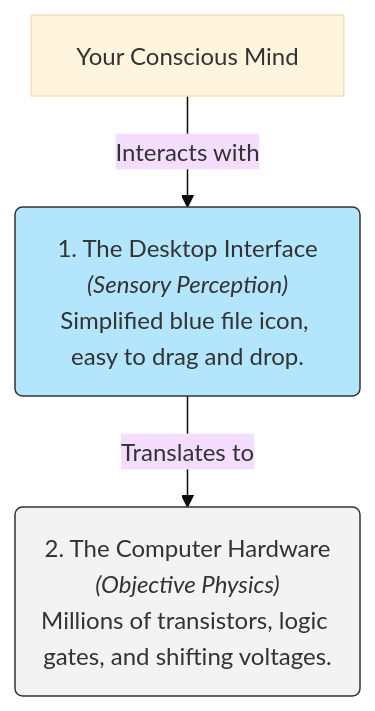
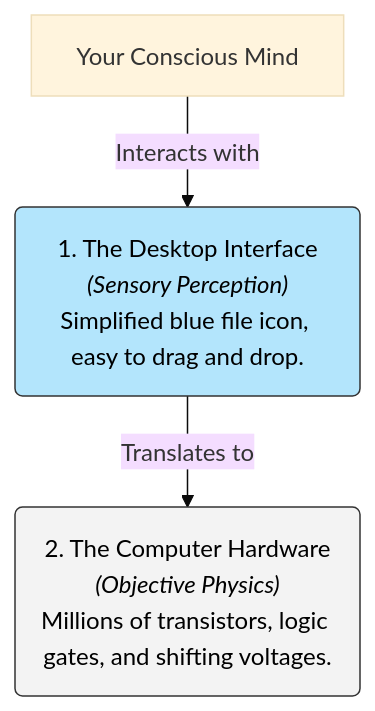
The diagram in humanities-finance-society/Philosophy/Reality101.md (AtlasRoX/everything101), drawn with Mermaid (base theme) before and after one commit. The commit also changed 27 other files, not shown here.

````diff
--- a/humanities-finance-society/Philosophy/Reality101.md
+++ b/humanities-finance-society/Philosophy/Reality101.md
@@ -22,8 +22,8 @@
 ```mermaid
 graph TD
     User[Your Conscious Mind] -->|Interacts with| Interface("1. The Desktop Interface<br><i>(Sensory Perception)</i><br>Simplified blue file icon, easy to drag and drop.")
     Interface -->|Translates to| Hardware("2. The Computer Hardware<br><i>(Objective Physics)</i><br>Millions of transistors, logic gates, and shifting voltages.")
     
-    style Interface fill:#b3e5fc,stroke:#333
-    style Hardware fill:#f3f3f3,stroke:#333
+    style Interface fill:#b3e5fc,stroke:#333,color:#000
+    style Hardware fill:#f3f3f3,stroke:#333,color:#000
 ```
````
